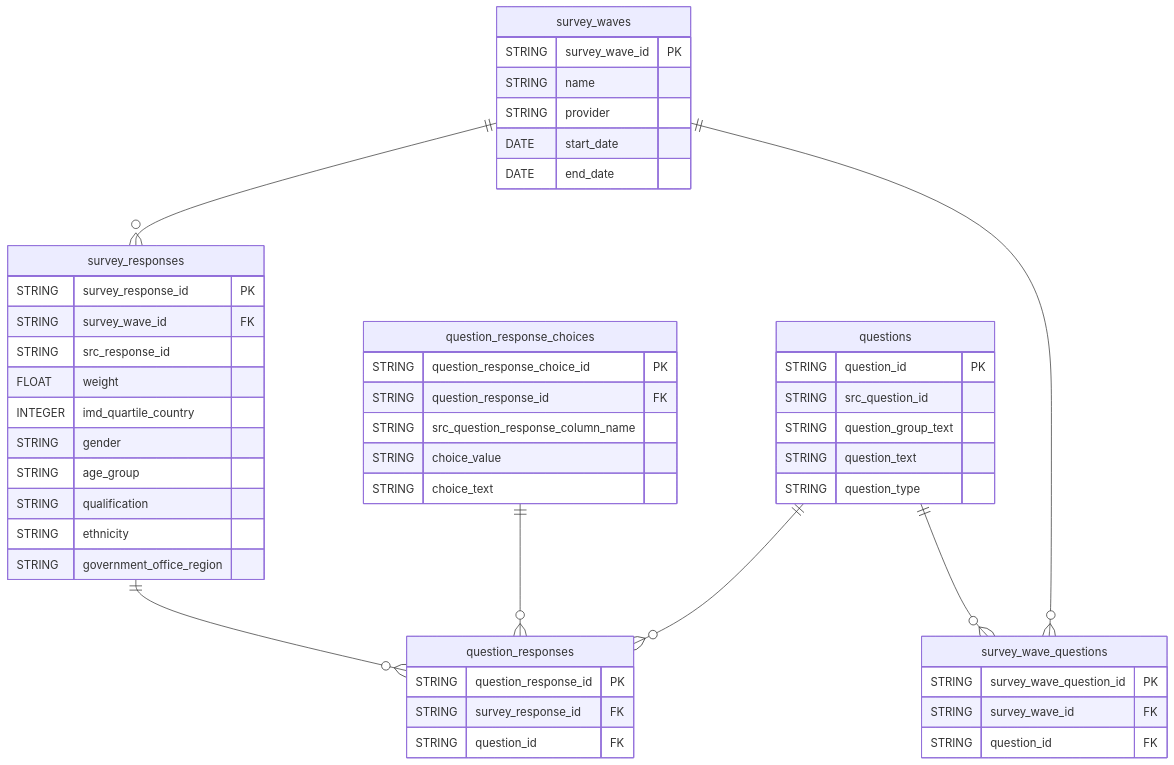
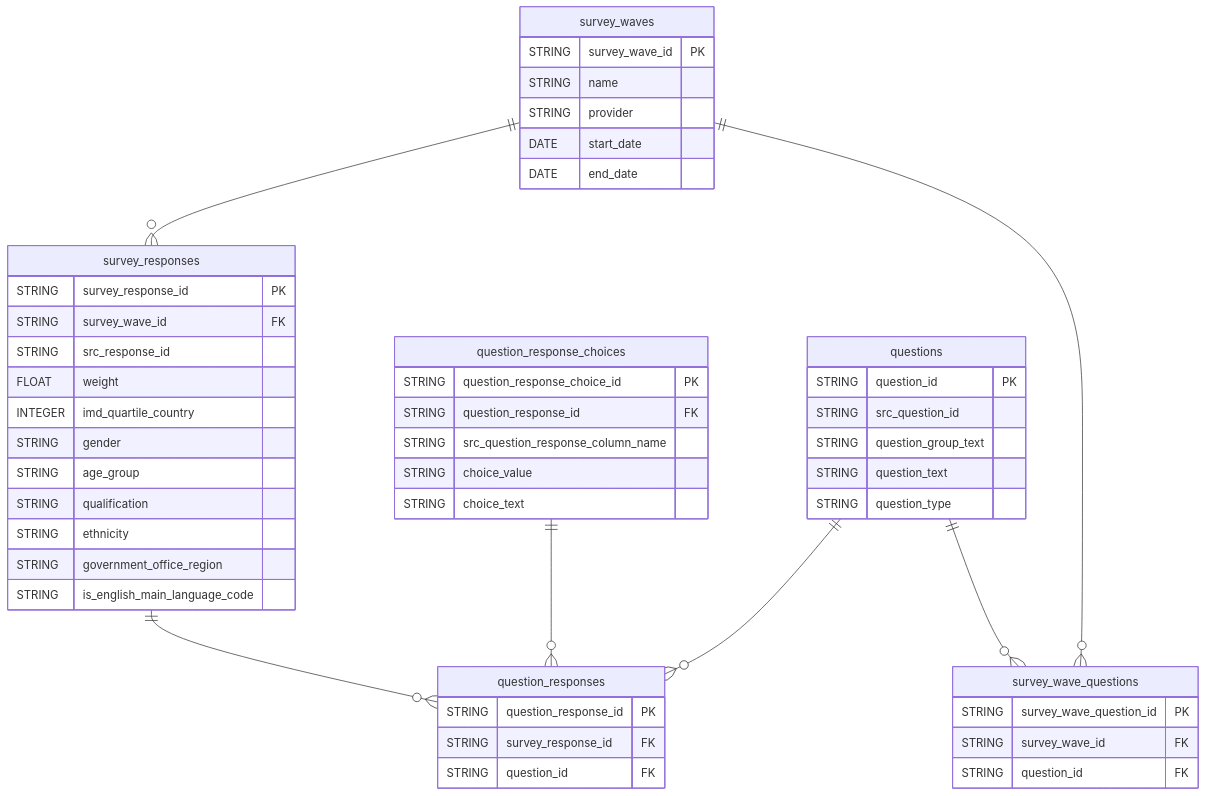
One commit to alphagov/govuk-polling-dataform changed the diagram in README.md. Above: the diagram before and after it, drawn with Mermaid.

Commit message:
update data model

````diff
--- a/README.md
+++ b/README.md
@@ -13,58 +13,59 @@
 ```mermaid
 erDiagram
     survey_waves {
         STRING survey_wave_id PK
         STRING name
         STRING provider
         DATE start_date
         DATE end_date
     }
 
     survey_responses {
         STRING survey_response_id PK
         STRING survey_wave_id FK
         STRING src_response_id
         FLOAT weight
         INTEGER imd_quartile_country
         STRING gender
         STRING age_group
         STRING qualification
         STRING ethnicity
         STRING government_office_region
+        STRING is_english_main_language_code
     }
 
     question_responses {
         STRING question_response_id PK
         STRING survey_response_id FK
         STRING question_id FK
     }
 
     questions {
         STRING question_id PK
         STRING src_question_id
         STRING question_group_text
         STRING question_text
         STRING question_type
     }
 
     question_response_choices {
         STRING question_response_choice_id PK
         STRING question_response_id FK
         STRING src_question_response_column_name
         STRING choice_value
         STRING choice_text
     }
 
     survey_wave_questions {
         STRING survey_wave_question_id PK
         STRING survey_wave_id FK
         STRING question_id FK
     }
 
     survey_waves ||--o{ survey_responses : ""
     survey_responses ||--o{ question_responses : ""
     question_response_choices ||--o{ question_responses : ""
     questions ||--o{ question_responses : ""
     questions ||--o{ survey_wave_questions : ""
     survey_waves ||--o{ survey_wave_questions : ""
 ```
````
